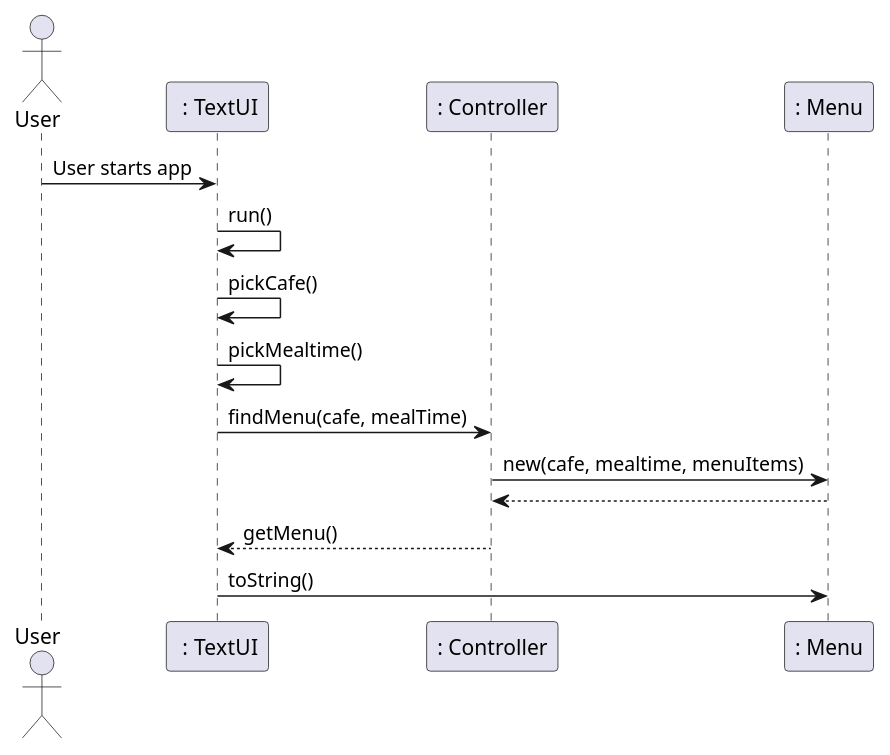
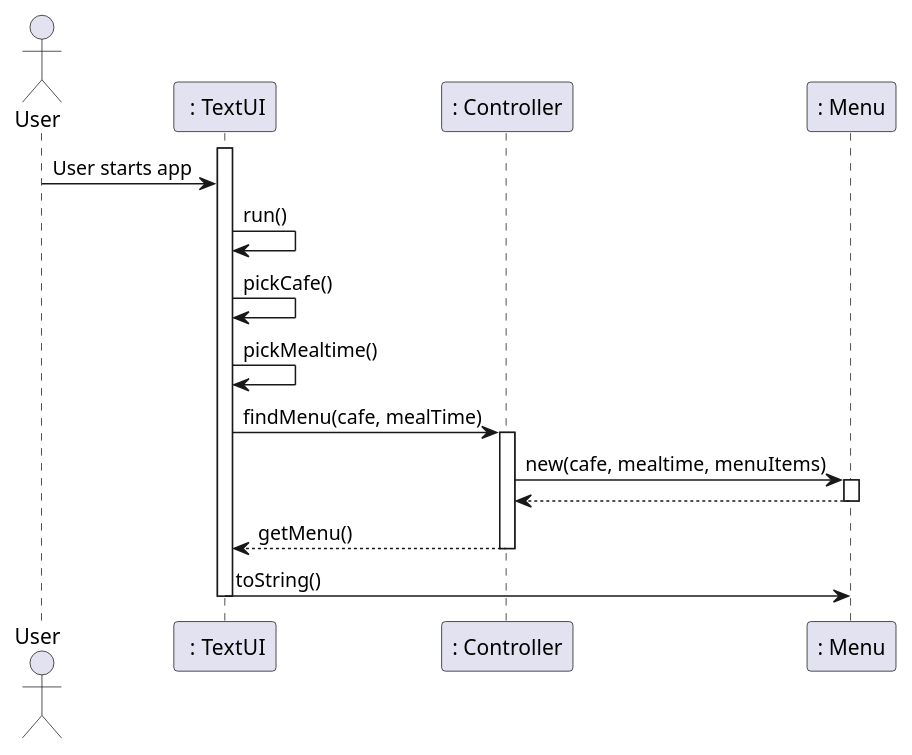
Before and after one commit to rkilpadi/vassar-dining-app: the diagram in doc/sequence-diagram.md, drawn with PlantUML. The commit also changed 4 other files, not shown here.

````diff
--- a/doc/sequence-diagram.md
+++ b/doc/sequence-diagram.md
@@ -1,25 +1,28 @@
 ```plantuml
 actor User as user
 participant " : TextUI" as textUI
 participant ": Controller" as controller
 participant ": Menu" as menu
 
+activate textUI
 user -> textUI : User starts app
 
 
 textUI -> textUI : run()
 textUI -> textUI : pickCafe()
 textUI -> textUI : pickMealtime()
 
 textUI -> controller : findMenu(cafe, mealTime)
 
+activate controller
 controller -> menu : new(cafe, mealtime, menuItems)
 
+activate menu
 menu --> controller
-
+deactivate menu
 controller --> textUI : getMenu()
-
+deactivate controller 
 
 textUI -> menu : toString()
-
+deactivate textUI
 ```
````
